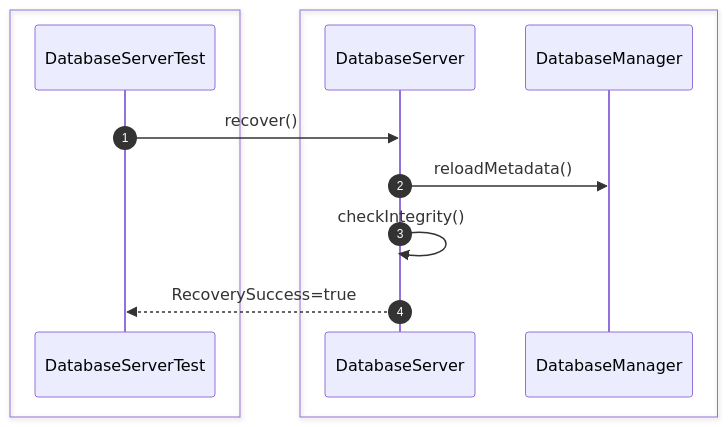
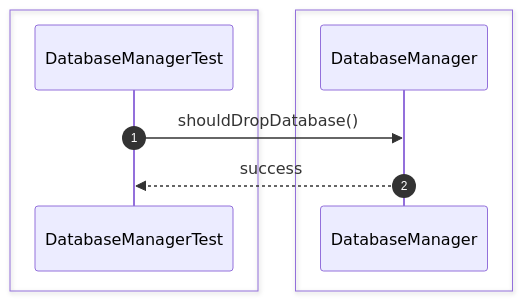
One commit to Huy1801214/dbms-architecture changed the tenth of 44 diagrams in src/sequence/db-server.md. Above: the diagram before and after it, drawn with Mermaid. The commit also changed other lines of this file and 68 other files, not shown here.

Commit message:
implement comprehensive unit test suite and architectural sequence documentation

````diff
--- a/src/sequence/db-server.md
+++ b/src/sequence/db-server.md
@@ -175,17 +143,13 @@
 ```mermaid
 sequenceDiagram
     autonumber
-
     box #e1f5fe Test Suite
-    participant Test as DatabaseServerTest
+    participant Test as DatabaseManagerTest
     end
-    box #e3f2fd Server Managers
-    participant Server as DatabaseServer
-    participant DBManager as DatabaseManager
+    box #e3f2fd DatabaseManager Component
+    participant DM as DatabaseManager
     end
 
-    Test->>Server: recover()
-    Server->>DBManager: reloadMetadata()
-    Server->>Server: checkIntegrity()
-    Server-->>Test: RecoverySuccess=true
+    Test->>DM: shouldDropDatabase()
+    DM-->>Test: success
 ```
````
